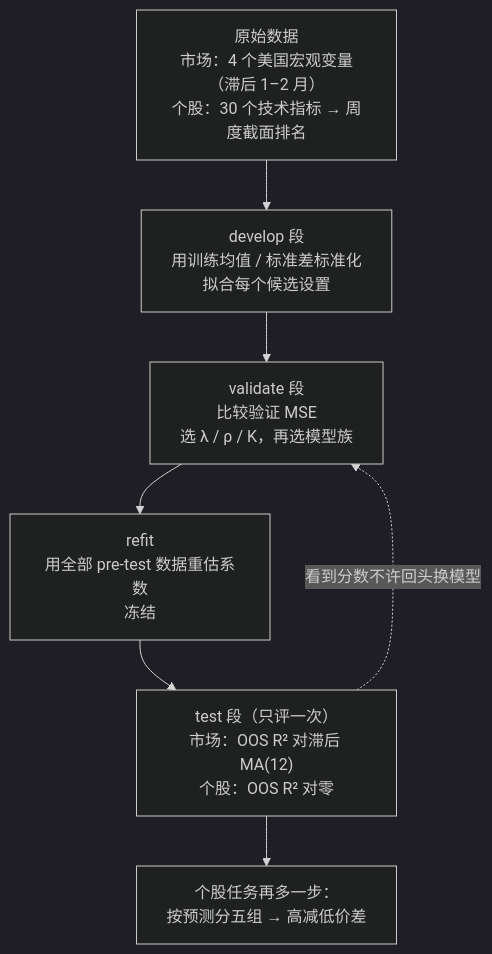
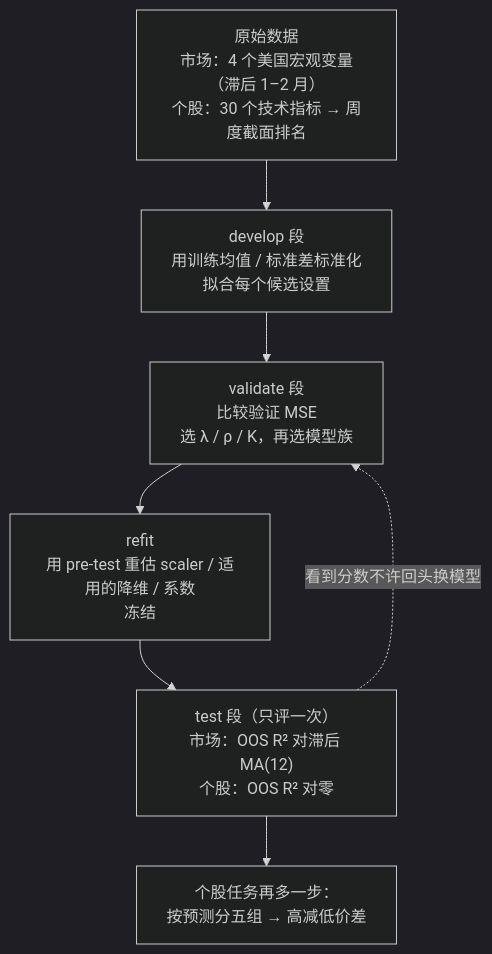
Before and after one commit to CercaTrovato/cityu-ai-course-notes: the sixth of 7 diagrams in EF5560_Fintech_and_AI_in_Finance/notes/M03-线性机器学习与收益预测.md, drawn with Mermaid (dark theme). The commit also changed other lines of this file and 450 other files, not shown here.

````diff
--- a/EF5560_Fintech_and_AI_in_Finance/notes/M03-线性机器学习与收益预测.md
+++ b/EF5560_Fintech_and_AI_in_Finance/notes/M03-线性机器学习与收益预测.md
@@ -3447,9 +3629,9 @@
 ```mermaid
 flowchart TD
     A["原始数据<br/>市场：4 个美国宏观变量（滞后 1–2 月）<br/>个股：30 个技术指标 → 周度截面排名"] --> B["develop 段<br/>用训练均值 / 标准差标准化<br/>拟合每个候选设置"]
     B --> C["validate 段<br/>比较验证 MSE<br/>选 λ / ρ / K，再选模型族"]
-    C --> D["refit<br/>用全部 pre-test 数据重估系数<br/>冻结"]
+    C --> D["refit<br/>用 pre-test 重估 scaler / 适用的降维 / 系数<br/>冻结"]
     D --> E["test 段（只评一次）<br/>市场：OOS R² 对滞后 MA(12)<br/>个股：OOS R² 对零"]
     E --> F["个股任务再多一步：<br/>按预测分五组 → 高减低价差"]
     E -. "看到分数不许回头换模型" .-> C
 ```
````
